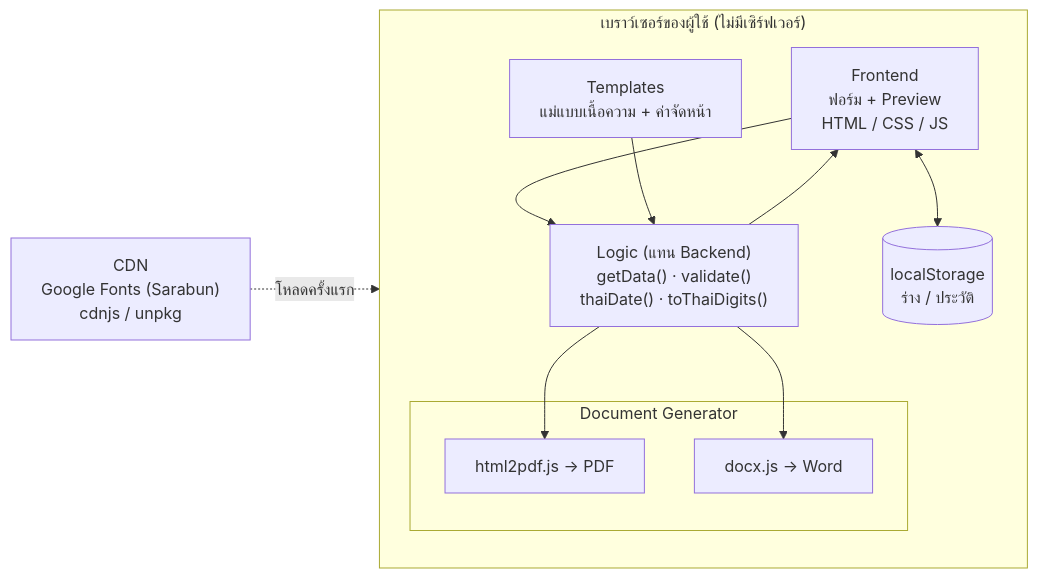
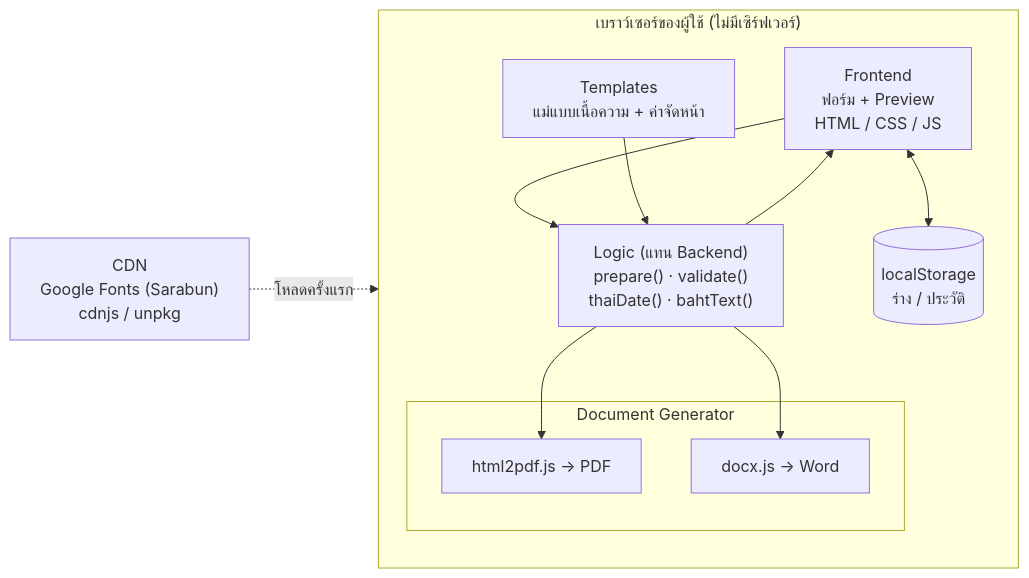
One commit to supreeyam-bit/- changed the second of 3 diagrams in memo-generator/README.md. Above: the diagram before and after it, drawn with Mermaid. The commit also changed other lines of this file and 1 other file, not shown here.

````diff
--- a/memo-generator/README.md
+++ b/memo-generator/README.md
@@ -68,21 +73,21 @@
 ```mermaid
 flowchart LR
     subgraph Browser["เบราว์เซอร์ของผู้ใช้ (ไม่มีเซิร์ฟเวอร์)"]
         direction TB
         UI["Frontend<br/>ฟอร์ม + Preview<br/>HTML / CSS / JS"]
-        CORE["Logic (แทน Backend)<br/>getData() · validate()<br/>thaiDate() · toThaiDigits()"]
+        CORE["Logic (แทน Backend)<br/>prepare() · validate()<br/>thaiDate() · bahtText()"]
         TPL["Templates<br/>แม่แบบเนื้อความ + ค่าจัดหน้า"]
         subgraph GEN["Document Generator"]
             PDF["html2pdf.js → PDF"]
             DOCX["docx.js → Word"]
         end
         LS[("localStorage<br/>ร่าง / ประวัติ")]
         UI --> CORE
         TPL --> CORE
         CORE --> UI
         CORE --> PDF
         CORE --> DOCX
         UI <--> LS
     end
     CDN["CDN<br/>Google Fonts (Sarabun)<br/>cdnjs / unpkg"] -.โหลดครั้งแรก.-> Browser
 ```
````
